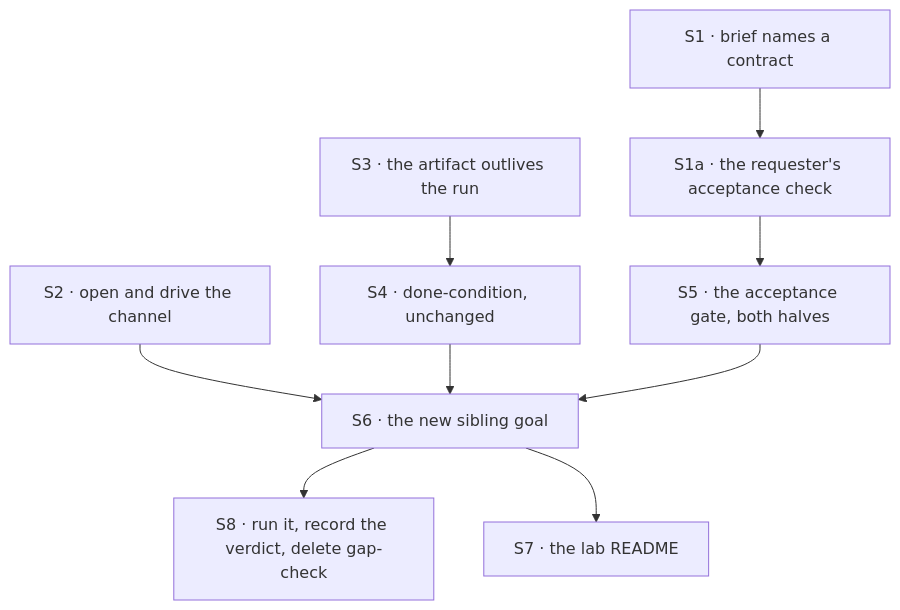
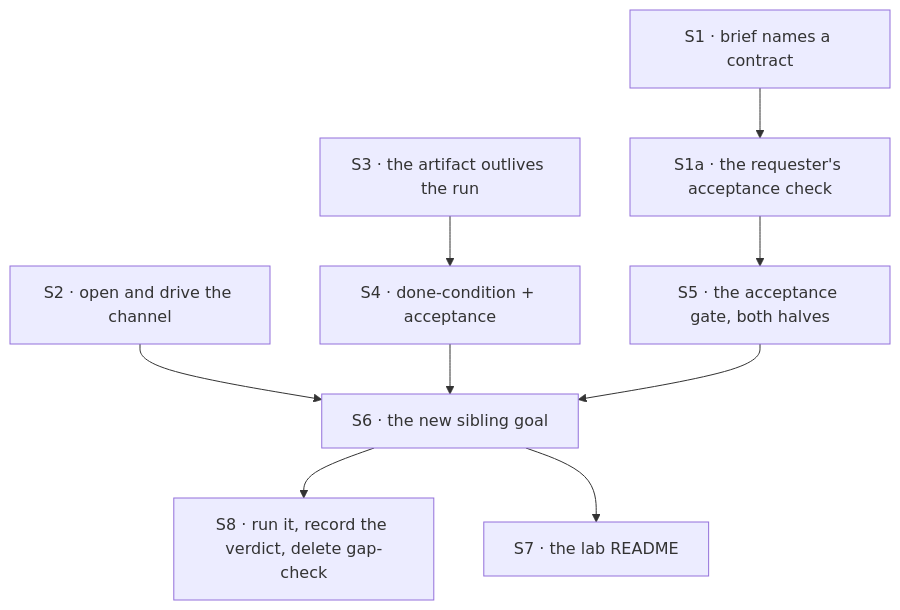
One commit to fixpoint-labs/flow-state-dev changed the diagram in specs/issues/FIX-1496/PLAN.md. Above: the diagram before and after it, drawn with Mermaid. The commit also changed other lines of this file, not shown here.

First line of the commit message:
docs(spec): S4's done-condition now carries the brief's acceptance check (FIX-1496)

````diff
--- a/specs/issues/FIX-1496/PLAN.md
+++ b/specs/issues/FIX-1496/PLAN.md
@@ -29,11 +29,11 @@
 ```mermaid
 flowchart TD
   S1["S1 · brief names a contract"] --> S1A["S1a · the requester's acceptance check"]
   S1A --> S5["S5 · the acceptance gate, both halves"]
   S2["S2 · open and drive the channel"] --> S6["S6 · the new sibling goal"]
-  S3["S3 · the artifact outlives the run"] --> S4["S4 · done-condition, unchanged"]
+  S3["S3 · the artifact outlives the run"] --> S4["S4 · done-condition + acceptance"]
   S4 --> S6
   S5 --> S6
   S6 --> S8["S8 · run it, record the verdict, delete gap-check"]
   S6 --> S7["S7 · the lab README"]
 ```
````
